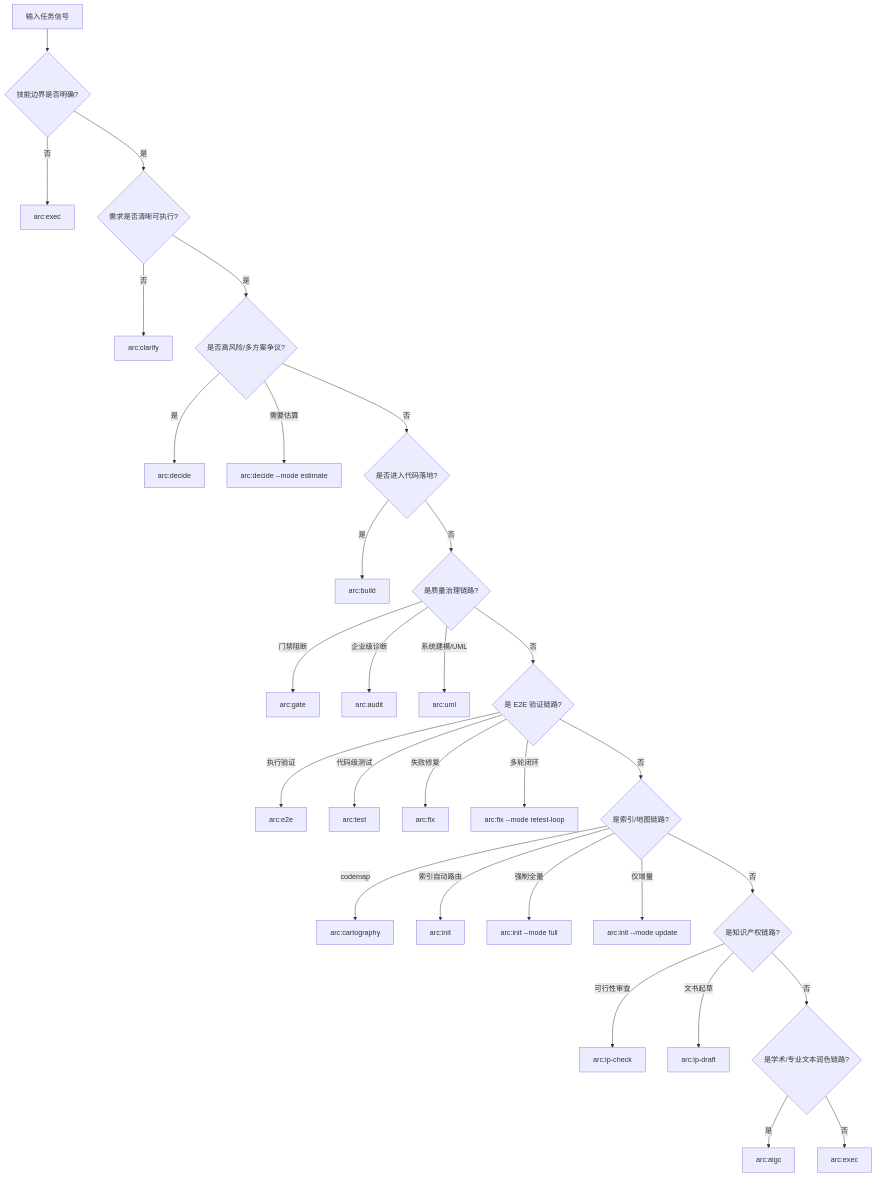
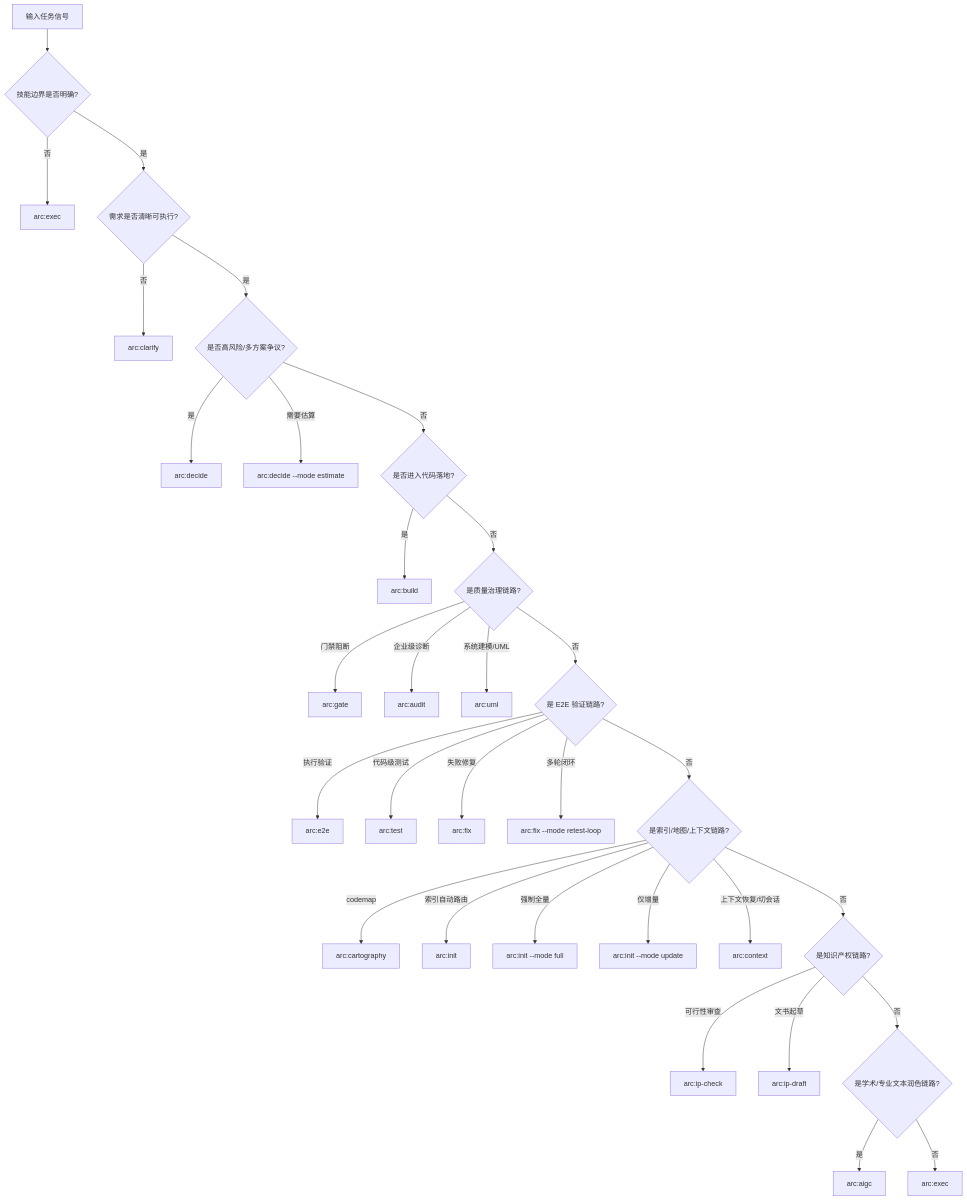
Before and after one commit to iwen-conf/Skills: the diagram in docs/arc-routing-matrix.md, drawn with Mermaid. The commit also changed other lines of this file and 13 other files, not shown here.

Commit message:
feat: add arc context skill

````diff
--- a/docs/arc-routing-matrix.md
+++ b/docs/arc-routing-matrix.md
@@ -26,32 +27,33 @@
 ```mermaid
 flowchart TD
     A["输入任务信号"] --> B{"技能边界是否明确?"}
     B -- "否" --> AG["arc:exec"]
     B -- "是" --> C{"需求是否清晰可执行?"}
     C -- "否" --> RF["arc:clarify"]
     C -- "是" --> D{"是否高风险/多方案争议?"}
     D -- "是" --> DL["arc:decide"]
     D -- "需要估算" --> EST["arc:decide --mode estimate"]
     D -- "否" --> E{"是否进入代码落地?"}
     E -- "是" --> IM["arc:build"]
     E -- "否" --> F{"是质量治理链路?"}
     F -- "门禁阻断" --> GT["arc:gate"]
     F -- "企业级诊断" --> RV["arc:audit"]
     F -- "系统建模/UML" --> UML["arc:uml"]
     F -- "否" --> G{"是 E2E 验证链路?"}
     G -- "执行验证" --> SM["arc:e2e"]
     G -- "代码级测试" --> UT["arc:test"]
     G -- "失败修复" --> TR["arc:fix"]
     G -- "多轮闭环" --> LP["arc:fix --mode retest-loop"]
-    G -- "否" --> H{"是索引/地图链路?"}
+    G -- "否" --> H{"是索引/地图/上下文链路?"}
     H -- "codemap" --> CT["arc:cartography"]
     H -- "索引自动路由" --> IN["arc:init"]
     H -- "强制全量" --> IF["arc:init --mode full"]
     H -- "仅增量" --> IU["arc:init --mode update"]
+    H -- "上下文恢复/切会话" --> CX["arc:context"]
     H -- "否" --> I{"是知识产权链路?"}
     I -- "可行性审查" --> IA["arc:ip-check"]
     I -- "文书起草" --> ID["arc:ip-draft"]
     I -- "否" --> J{"是学术/专业文本润色链路?"}
     J -- "是" --> AI["arc:aigc"]
     J -- "否" --> AG2["arc:exec"]
 ```
````
